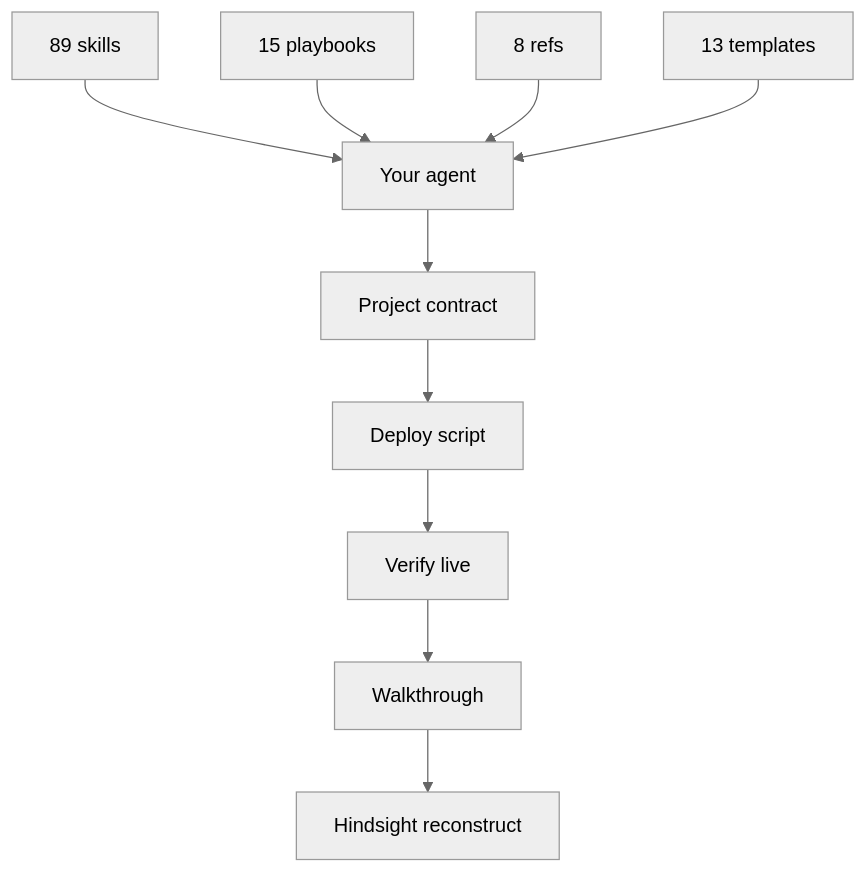
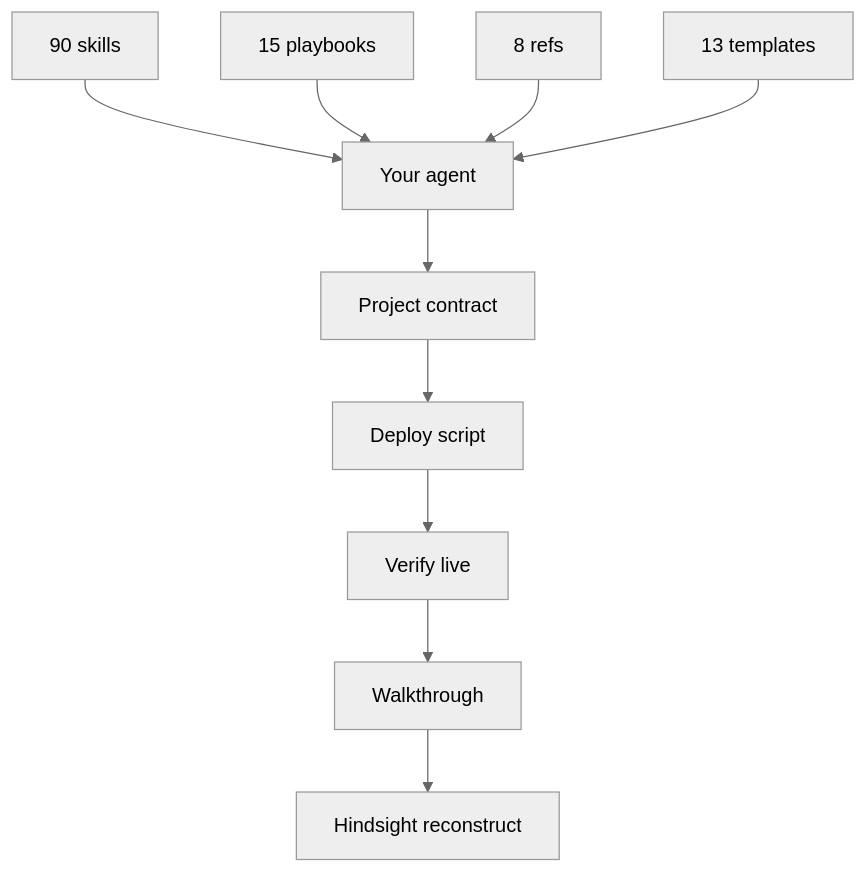
Before and after one commit to Nonarkara/dr-non-vibecoding-skills: the third of 3 diagrams in README.md, drawn with Mermaid (neutral theme). The commit also changed other lines of this file and 5 other files, not shown here.

````diff
--- a/README.md
+++ b/README.md
@@ -362,12 +362,12 @@
 ```mermaid
 flowchart TB
-  S["89 skills"] --> A["Your agent"]
+  S["90 skills"] --> A["Your agent"]
   P["15 playbooks"] --> A
   R["8 refs"] --> A
   T["13 templates"] --> A
   A --> W["Project contract"]
   W --> D["Deploy script"]
   D --> V["Verify live"]
   V --> H["Walkthrough"]
   H --> L["Hindsight reconstruct"]
 ```
````
